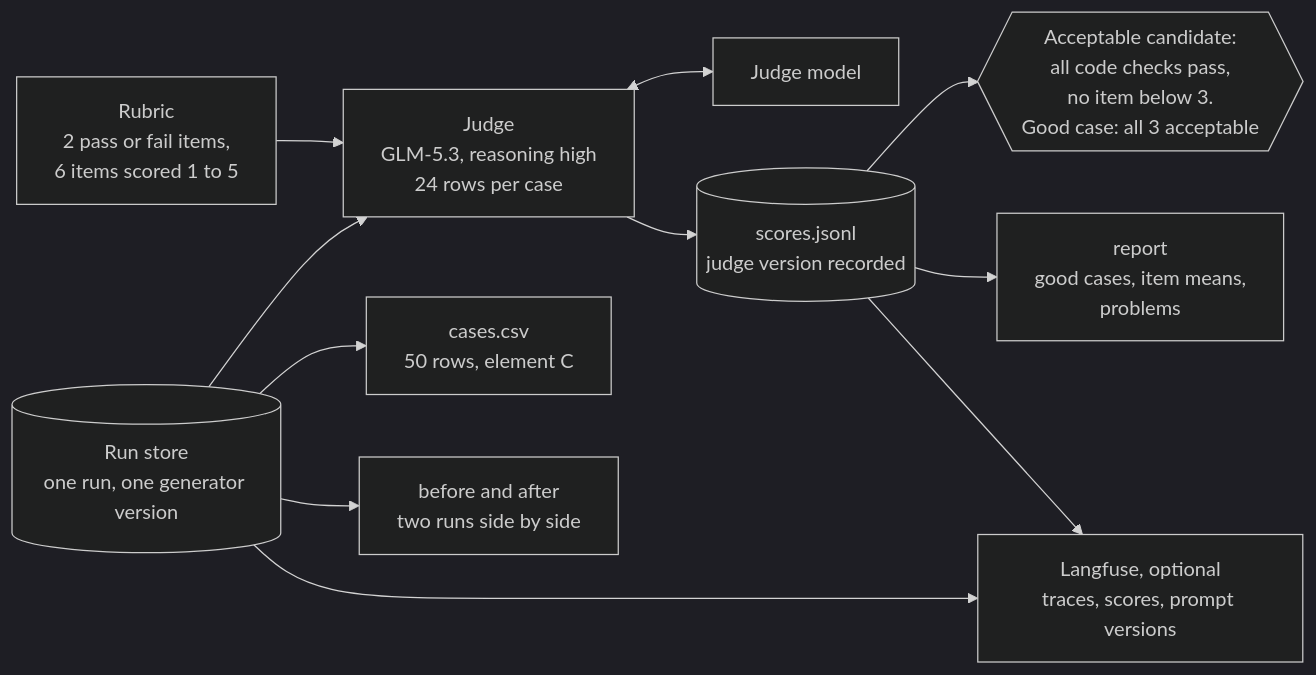
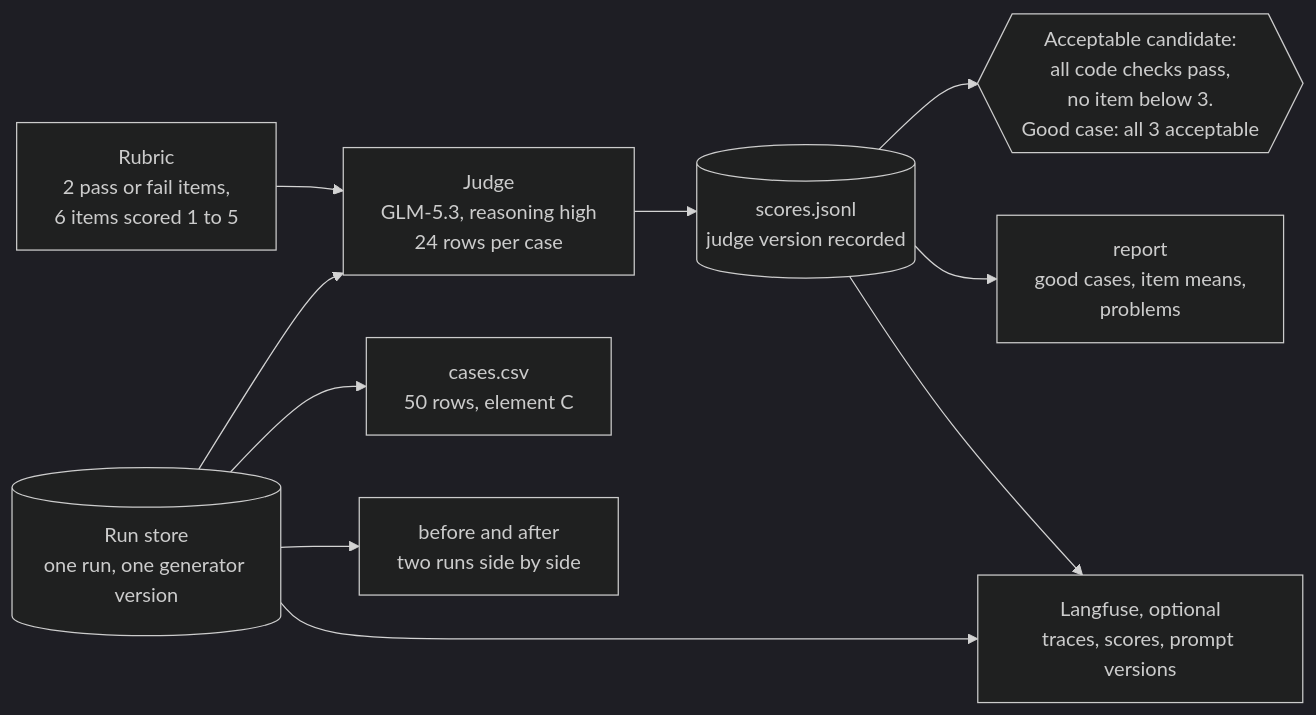
The second of 3 diagrams in docs/architecture.md (aydx-offline/artefact-conversation-tool), drawn with Mermaid (dark theme) before and after one commit. The commit also changed 14 other files, not shown here.

````diff
--- a/docs/architecture.md
+++ b/docs/architecture.md
@@ -48,24 +48,22 @@
 ```mermaid
 flowchart LR
     STORE[("Run store<br/>one run, one generator version")]
     JUDGE["Judge<br/>GLM-5.3, reasoning high<br/>24 rows per case"]
-    GLMJ["Judge model"]
     RUBRIC["Rubric<br/>2 pass or fail items,<br/>6 items scored 1 to 5"]
     SCORES[("scores.jsonl<br/>judge version recorded")]
     GOOD{{"Acceptable candidate:<br/>all code checks pass,<br/>no item below 3.<br/>Good case: all 3 acceptable"}}
     REPORT["report<br/>good cases, item means,<br/>problems"]
     CSV["cases.csv<br/>50 rows, element C"]
     CMP["before and after<br/>two runs side by side"]
     LF["Langfuse, optional<br/>traces, scores, prompt versions"]
 
     STORE --> JUDGE
     RUBRIC --> JUDGE
-    JUDGE <--> GLMJ
     JUDGE --> SCORES
     SCORES --> GOOD
     SCORES --> REPORT
     STORE --> CSV
     STORE --> CMP
     STORE --> LF
     SCORES --> LF
 ```
````
